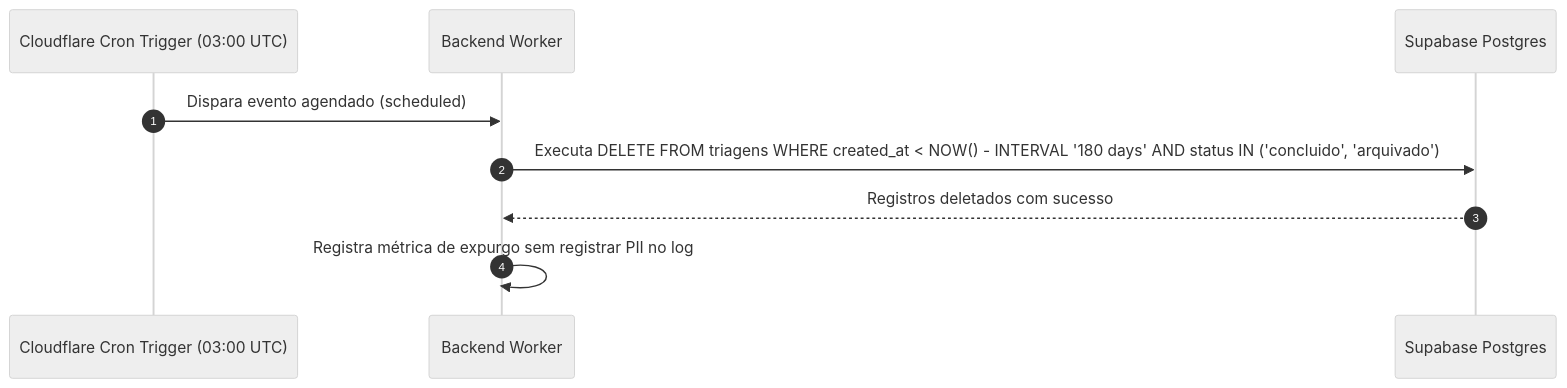
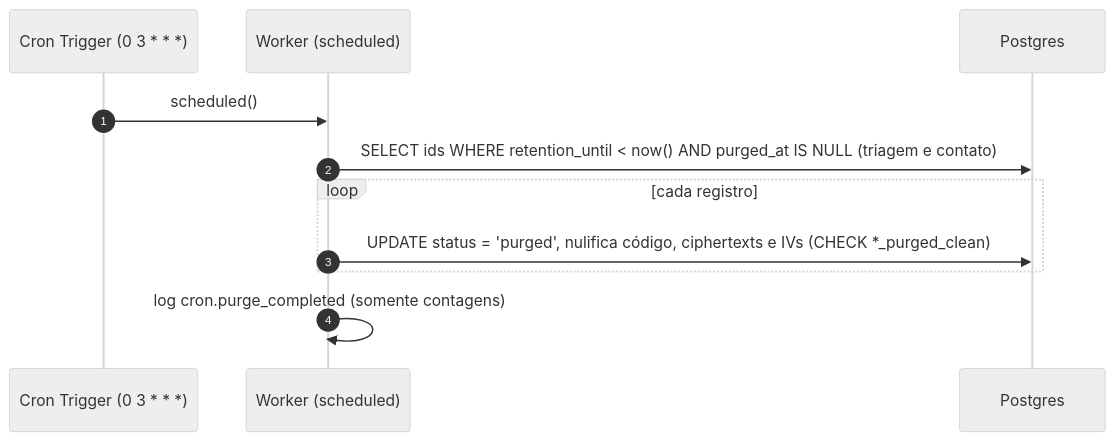
The fifth of 6 diagrams in docs/architecture/sequence-diagrams.md (purelifeministriesbrasil/documentation), drawn with Mermaid (neutral theme) before and after one commit. The commit also changed other lines of this file and 10 other files, not shown here.

First line of the commit message:
docs(architecture): replace legacy schema and Vercel proxy diagrams with the current design

````diff
--- a/docs/architecture/sequence-diagrams.md
+++ b/docs/architecture/sequence-diagrams.md
@@ -76,12 +117,14 @@
 ```mermaid
 sequenceDiagram
     autonumber
-    participant Cron as Cloudflare Cron Trigger (03:00 UTC)
-    participant Worker as Backend Worker
-    participant Supabase as Supabase Postgres
+    participant C as Cron Trigger (0 3 * * *)
+    participant W as Worker (scheduled)
+    participant DB as Postgres
 
-    Cron->>Worker: Dispara evento agendado (scheduled)
-    Worker->>Supabase: Executa DELETE FROM triagens WHERE created_at < NOW() - INTERVAL '180 days' AND status IN ('concluido', 'arquivado')
-    Supabase-->>Worker: Registros deletados com sucesso
-    Worker->>Worker: Registra métrica de expurgo sem registrar PII no log
+    C->>W: scheduled()
+    W->>DB: SELECT ids WHERE retention_until < now() AND purged_at IS NULL (triagem e contato)
+    loop cada registro
+        W->>DB: UPDATE status = 'purged', nulifica código, ciphertexts e IVs (CHECK *_purged_clean)
+    end
+    W->>W: log cron.purge_completed (somente contagens)
 ```
````
